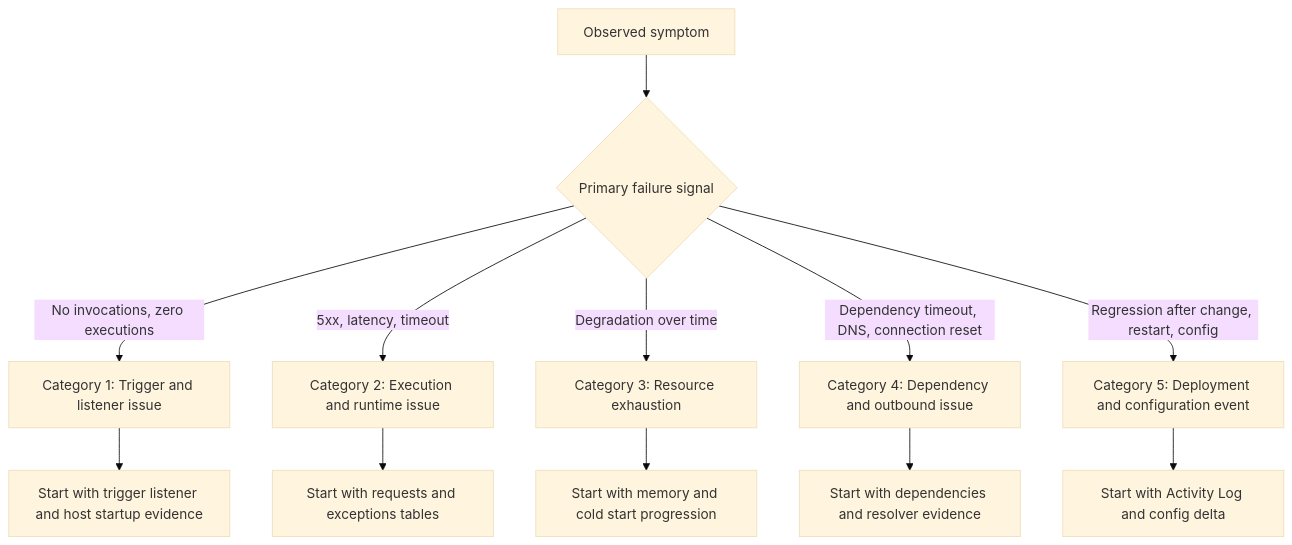
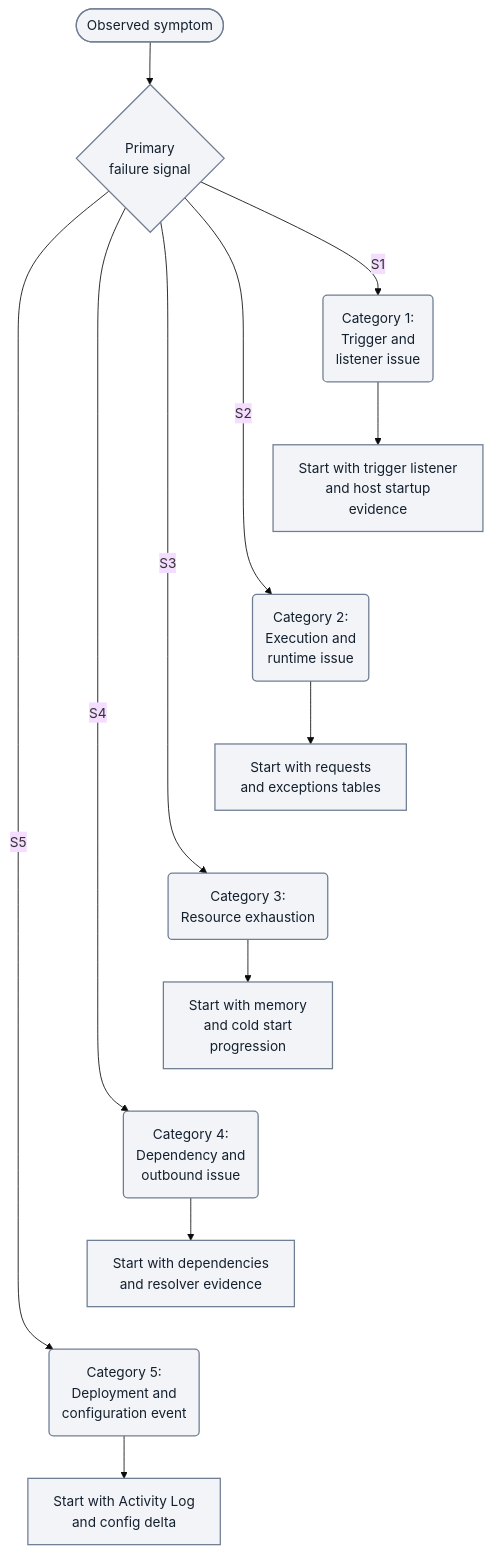
Before and after one commit to yeongseon/azure-functions-practical-guide: the first of 2 diagrams in docs/troubleshooting/mental-model.md, drawn with Mermaid (base theme). The commit also changed other lines of this file and 4 other files, not shown here.

First line of the commit message:
docs(diagrams): migrate Functions troubleshooting overview — mental model and methodology and related diagnostics (#456)

````diff
--- a/docs/troubleshooting/mental-model.md
+++ b/docs/troubleshooting/mental-model.md
@@ -57,15 +57,24 @@
 ```mermaid
 flowchart TD
-    A[Observed symptom] --> B{Primary failure signal}
-    B -->|No invocations, zero executions| C[Category 1: Trigger and listener issue]
-    B -->|5xx, latency, timeout| D[Category 2: Execution and runtime issue]
-    B -->|Degradation over time| E[Category 3: Resource exhaustion]
-    B -->|Dependency timeout, DNS, connection reset| F[Category 4: Dependency and outbound issue]
-    B -->|Regression after change, restart, config| G[Category 5: Deployment and configuration event]
+    accTitle: Incident classification and first evidence
+    accDescr: Illustrative routing from a primary symptom to five candidate categories and their first evidence sources. Signal keys S1 to S5 are expanded immediately below; categories are investigation starting points, not proven causes.
+    A(["Observed symptom"]) --> B{"Primary<br/>failure signal"}
+    B -->|S1| C("Category 1:<br/>Trigger and<br/>listener issue")
+    B -->|S2| D("Category 2:<br/>Execution and<br/>runtime issue")
+    B -->|S3| E("Category 3:<br/>Resource exhaustion")
+    B -->|S4| F("Category 4:<br/>Dependency and<br/>outbound issue")
+    B -->|S5| G("Category 5:<br/>Deployment and<br/>configuration event")
 
-    C --> C1[Start with trigger listener and host startup evidence]
-    D --> D1[Start with requests and exceptions tables]
-    E --> E1[Start with memory and cold start progression]
-    F --> F1[Start with dependencies and resolver evidence]
-    G --> G1[Start with Activity Log and config delta]
+    C --> C1["Start with trigger listener<br/>and host startup<br/>evidence"]
+    D --> D1["Start with requests<br/>and exceptions tables"]
+    E --> E1["Start with memory<br/>and cold start<br/>progression"]
+    F --> F1["Start with dependencies<br/>and resolver evidence"]
+    G --> G1["Start with Activity Log<br/>and config delta"]
+    %% Layout-only links serialize categories; they add no diagnostic steps or arrows.
+    C1 ~~~ D
+    D1 ~~~ E
+    E1 ~~~ F
+    F1 ~~~ G
+    classDef neutral fill:#f2f4f8,stroke:#707e93,stroke-width:1.5px,color:#14202e;
+    class A,B,C,D,E,F,G,C1,D1,E1,F1,G1 neutral;
 ```
````
